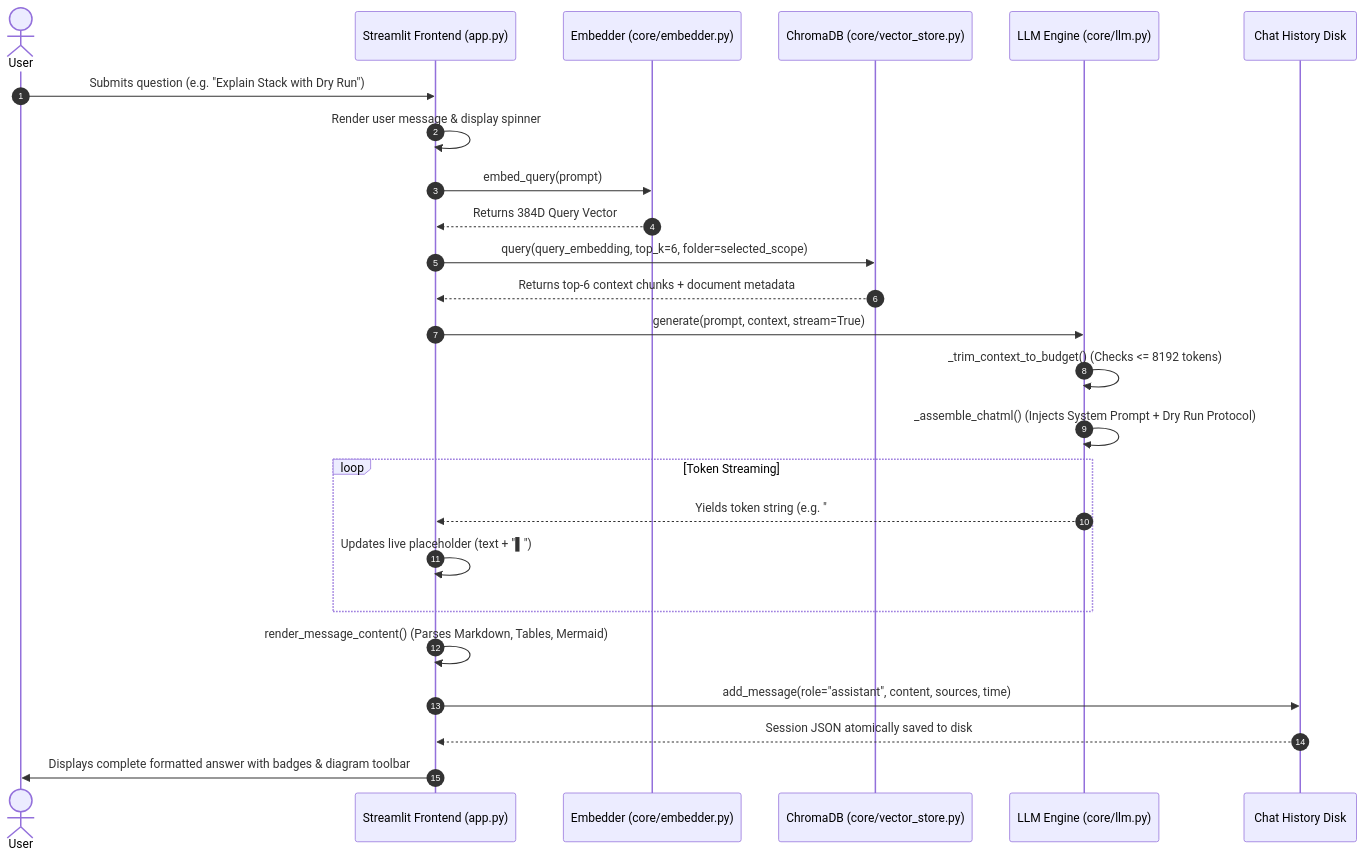
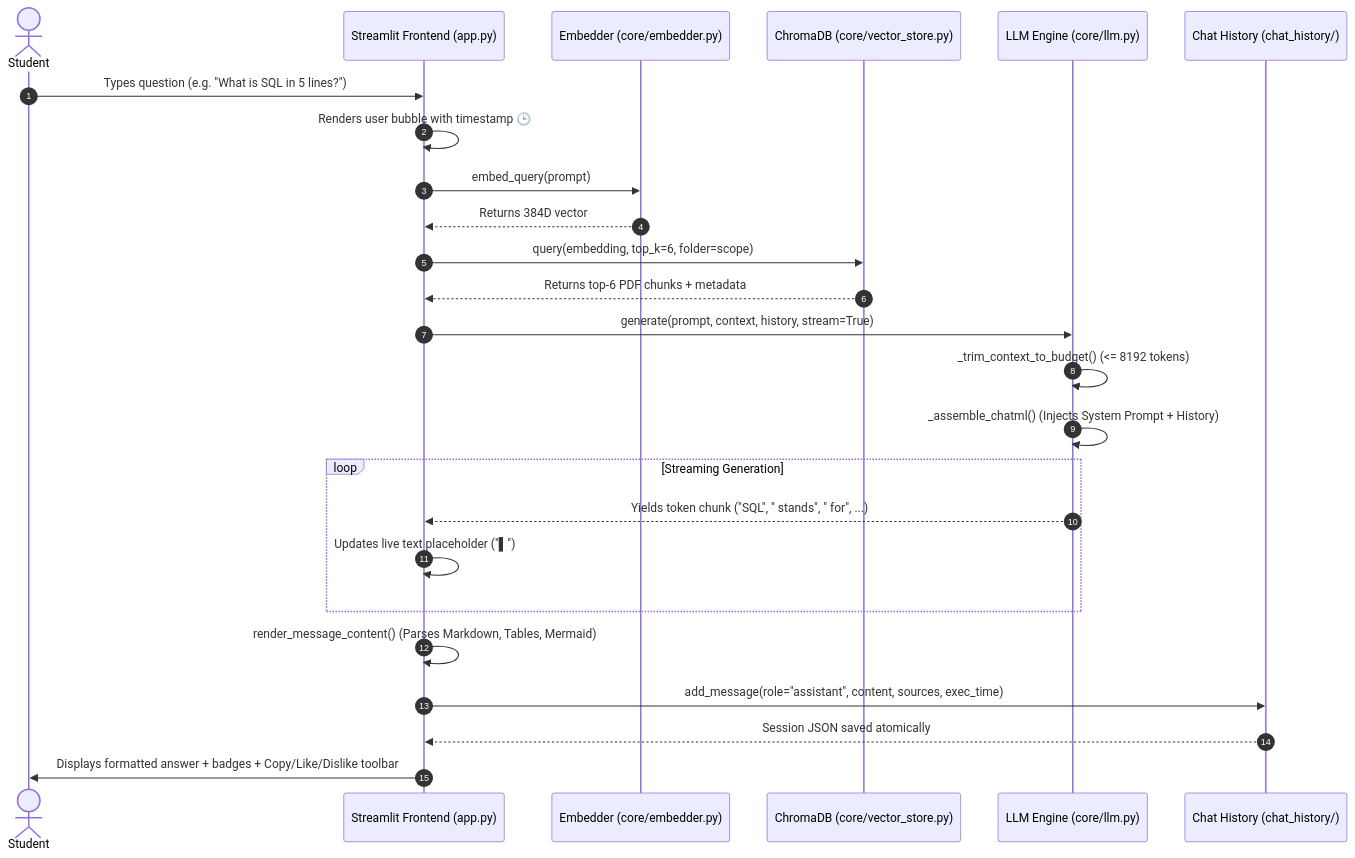
One commit to Sujalkathait/docmind-RaG changed the third of 3 diagrams in README.md. Above: the diagram before and after it, drawn with Mermaid. The commit also changed other lines of this file and 2 other files, not shown here.

Commit message:
docs: enrich README with live interactive diagram and citation action bar screenshots

````diff
--- a/README.md
+++ b/README.md
@@ -183,28 +197,28 @@
 ```mermaid
 sequenceDiagram
     autonumber
-    actor User
-    participant App as Streamlit Frontend (app.py)
+    actor Student
+    participant UI as Streamlit Frontend (app.py)
     participant Embed as Embedder (core/embedder.py)
     participant VDB as ChromaDB (core/vector_store.py)
     participant LLM as LLM Engine (core/llm.py)
-    participant Storage as Chat History Disk
+    participant Disk as Chat History (chat_history/)
 
-    User->>App: Submits question (e.g. "Explain Stack with Dry Run")
-    App->>App: Render user message & display spinner
-    App->>Embed: embed_query(prompt)
-    Embed-->>App: Returns 384D Query Vector
-    App->>VDB: query(query_embedding, top_k=6, folder=selected_scope)
-    VDB-->>App: Returns top-6 context chunks + document metadata
-    App->>LLM: generate(prompt, context, stream=True)
-    LLM->>LLM: _trim_context_to_budget() (Checks <= 8192 tokens)
-    LLM->>LLM: _assemble_chatml() (Injects System Prompt + Dry Run Protocol)
-    loop Token Streaming
-        LLM-->>App: Yields token string (e.g. "###", " Concept", ...)
-        App->>App: Updates live placeholder (text + "▌")
+    Student->>UI: Types question (e.g. "What is SQL in 5 lines?")
+    UI->>UI: Renders user bubble with timestamp 🕒
+    UI->>Embed: embed_query(prompt)
+    Embed-->>UI: Returns 384D vector
+    UI->>VDB: query(embedding, top_k=6, folder=scope)
+    VDB-->>UI: Returns top-6 PDF chunks + metadata
+    UI->>LLM: generate(prompt, context, history, stream=True)
+    LLM->>LLM: _trim_context_to_budget() (<= 8192 tokens)
+    LLM->>LLM: _assemble_chatml() (Injects System Prompt + History)
+    loop Streaming Generation
+        LLM-->>UI: Yields token chunk ("SQL", " stands", " for", ...)
+        UI->>UI: Updates live text placeholder ("▌")
     end
-    App->>App: render_message_content() (Parses Markdown, Tables, Mermaid)
-    App->>Storage: add_message(role="assistant", content, sources, time)
-    Storage-->>App: Session JSON atomically saved to disk
-    App->>User: Displays complete formatted answer with badges & diagram toolbar
+    UI->>UI: render_message_content() (Parses Markdown, Tables, Mermaid)
+    UI->>Disk: add_message(role="assistant", content, sources, exec_time)
+    Disk-->>UI: Session JSON saved atomically
+    UI->>Student: Displays formatted answer + badges + Copy/Like/Dislike toolbar
 ```
````
